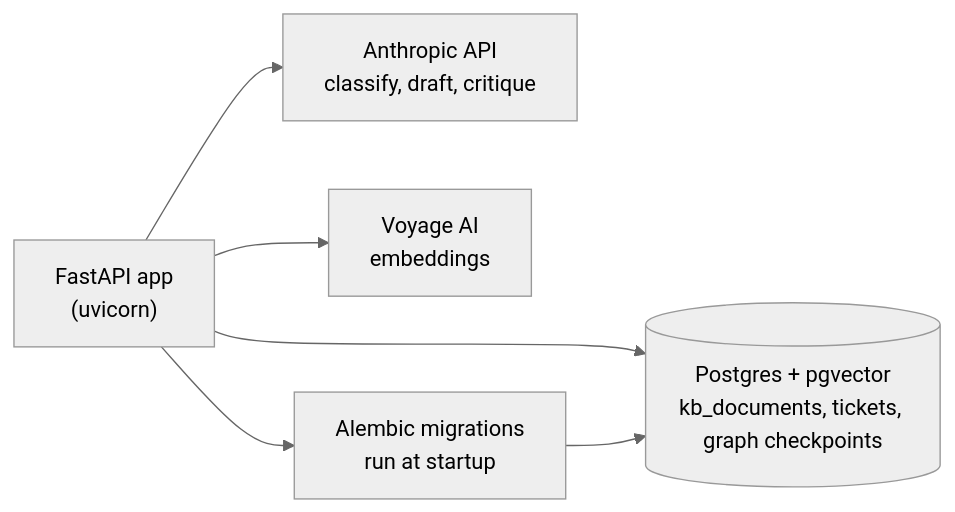
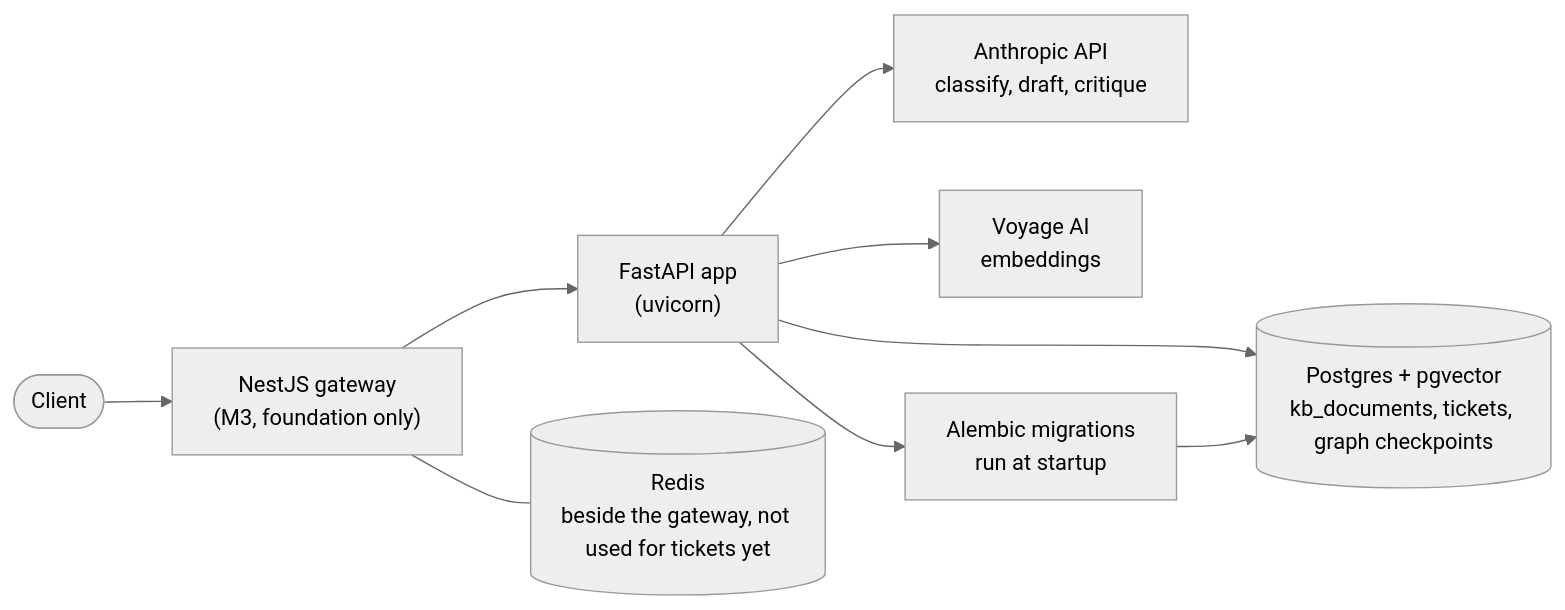
Before and after one commit to ObiomaIkpe/TriageIQ: the second of 2 diagrams in README.md, drawn with Mermaid (neutral theme). The commit also changed other lines of this file and 31 other files, not shown here.

Commit message:
gateway: add NestJS foundation with config validation, Redis and health endpoints

````diff
--- a/README.md
+++ b/README.md
@@ -62,8 +62,11 @@
 ```mermaid
 flowchart LR
+    client([Client]) --> gateway["NestJS gateway<br/>(M3, foundation only)"]
+    gateway --> app
+    gateway --- redis[("Redis<br/>beside the gateway, not used for tickets yet")]
     app["FastAPI app<br/>(uvicorn)"] --> anthropic["Anthropic API<br/>classify, draft, critique"]
     app --> voyage["Voyage AI<br/>embeddings"]
     app --> pg[("Postgres + pgvector<br/>kb_documents, tickets, graph checkpoints")]
     app --> alembic["Alembic migrations<br/>run at startup"]
     alembic --> pg
 ```
````
